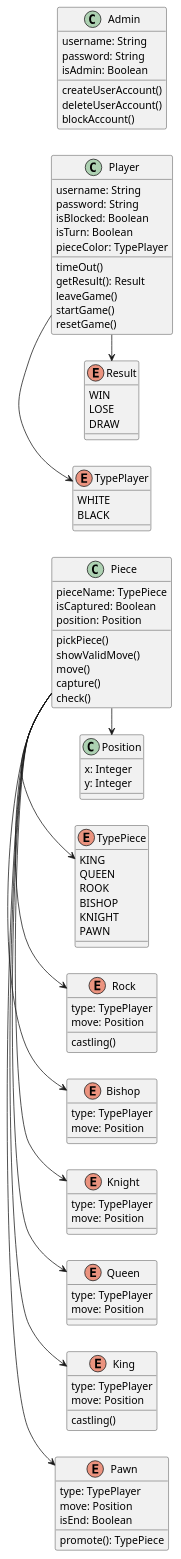
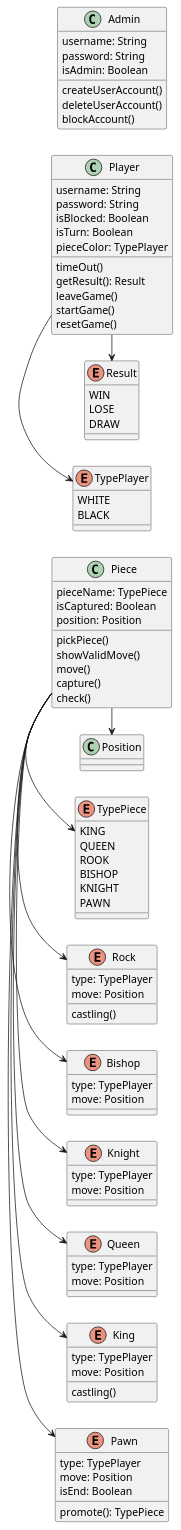
One commit to kieutridang/set2023 changed the diagram in useCaseDiagram/VietHoang/classDiagrams/chessGame.plantuml. Above: the diagram before and after it, drawn with PlantUML. The commit also changed 2 other files, not shown here.

Commit message:
update diagrams

```diff
--- a/useCaseDiagram/VietHoang/classDiagrams/chessGame.plantuml
+++ b/useCaseDiagram/VietHoang/classDiagrams/chessGame.plantuml
@@ -1,107 +1,102 @@
 @startuml chess
 
 left to right direction
 enum TypePiece {
   KING
   QUEEN
   ROOK
   BISHOP
   KNIGHT
   PAWN
 }
 
 enum Pawn {
     type: TypePlayer
     move: Position
     isEnd: Boolean
     promote(): TypePiece
 }
 
 enum Rock {
     type: TypePlayer
     move: Position
     castling()
 }
 
 enum Bishop {
     type: TypePlayer
     move: Position
 }
 
 enum Knight {
     type: TypePlayer
     move: Position
 }
 
 enum Queen {
     type: TypePlayer
     move: Position
 }
 
 enum King {
     type: TypePlayer
     move: Position
     castling()
 }
 
 enum TypePlayer {
     WHITE
     BLACK
 }
 
 enum Result {
     WIN
     LOSE
     DRAW
 }
 
-class Position {
-    x: Integer
-    y: Integer
-}
-
 class Piece {
     pieceName: TypePiece
     isCaptured: Boolean
     position: Position
     pickPiece()
     showValidMove()
     move()
     capture()
     check()
 }
 
 class Player {
     username: String
     password: String
     isBlocked: Boolean
     isTurn: Boolean
     pieceColor: TypePlayer
     timeOut()
     getResult(): Result
     leaveGame()
     startGame()
     resetGame()
 }
 
 class Admin {
     username: String
     password: String
     isAdmin: Boolean
     createUserAccount()
     deleteUserAccount()
     blockAccount()
 }
 
 Piece -> Pawn
 Piece -> King
 Piece -> Queen
 Piece -> Knight
 Piece -> Bishop
 Piece -> Rock
 Piece -> TypePiece
 Piece -> Position
 Player -> TypePlayer
 Player -> Result
 
 @enduml
```
